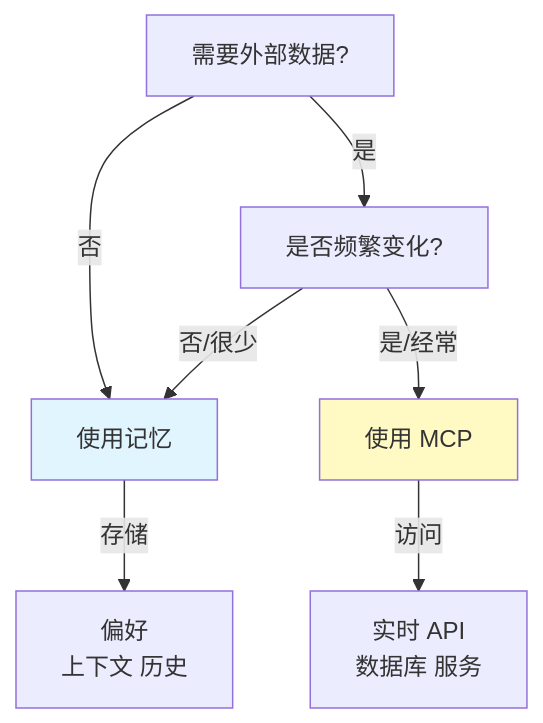
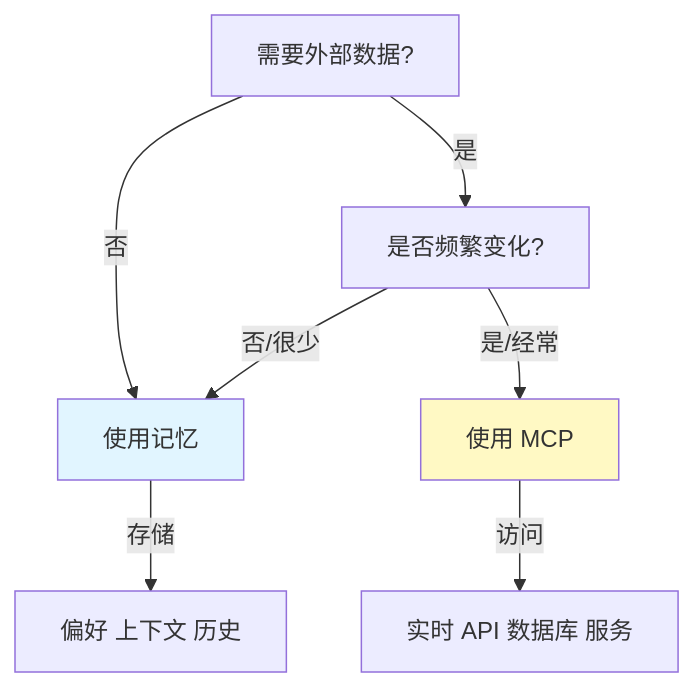
Before and after one commit to Rx782-Fss/claude-howto-zh: diagram 15 of 31 in claude_concepts_guide.md, drawn with Mermaid. The commit also changed other lines of this file and 6 other files, not shown here.

Commit message:
fix: 清除 Mermaid 内所有全角标点/emoji/<br/> (最终修复)

````diff
--- a/claude_concepts_guide.md
+++ b/claude_concepts_guide.md
@@ -1189,14 +1189,14 @@
 ```mermaid
 graph TD
     A["需要外部数据?"]
     A -->|否| B["使用记忆"]
     A -->|是| C["是否频繁变化?"]
     C -->|否/很少| B
     C -->|是/经常| D["使用 MCP"]
 
-    B -->|存储| E["偏好<br/>上下文 历史"]
-    D -->|访问| F["实时 API<br/>数据库 服务"]
+    B -->|存储| E["偏好 上下文 历史"]
+    D -->|访问| F["实时 API 数据库 服务"]
 
     style B fill:#e1f5ff
     style D fill:#fff9c4
 ```
````
